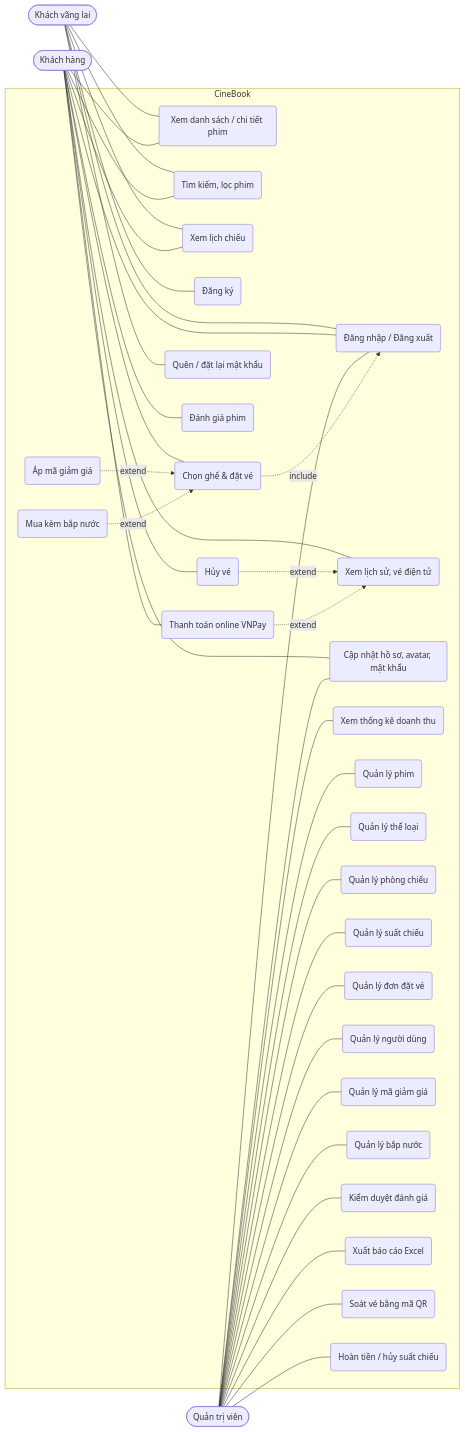
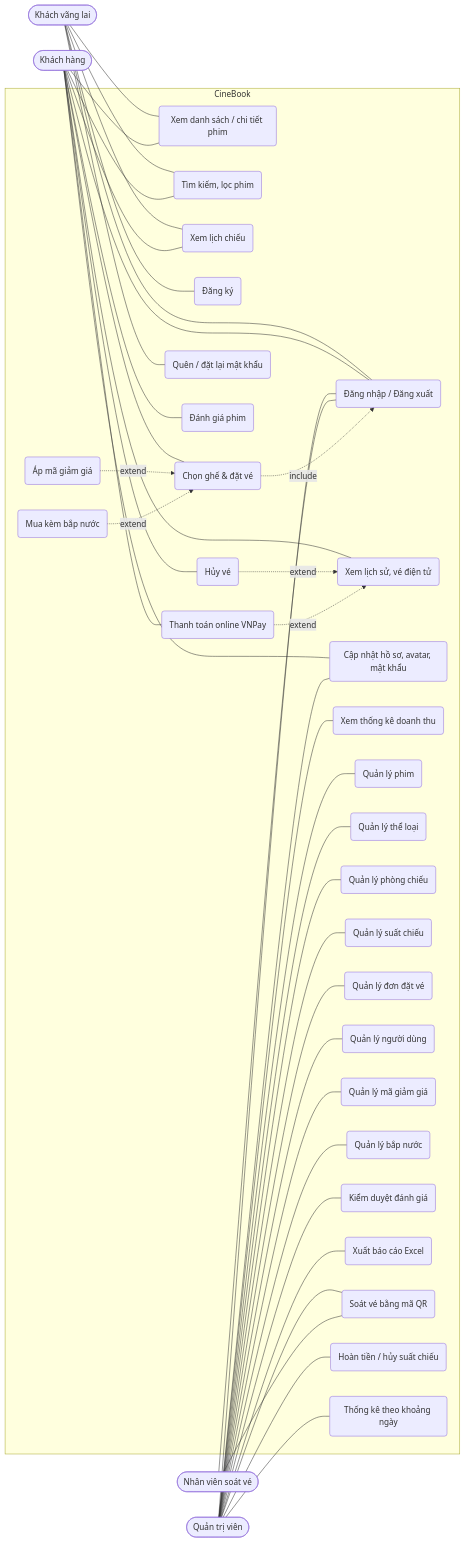
The second of 2 diagrams in docs/THIET_KE.md (Leanhoangy/CineBook), drawn with Mermaid before and after one commit. The commit also changed other lines of this file and 10 other files, not shown here.

Commit message:
Trang Thống kê theo khoảng ngày chiếu: doanh thu vé/bắp nước, tỉ lệ lấp đầy ghế, doanh thu theo ngày, hiệu quả từng khung giờ kèm phim bán chạy, top phim, bắp nước bán chạy

````diff
--- a/docs/THIET_KE.md
+++ b/docs/THIET_KE.md
@@ -174,45 +175,48 @@
 ```mermaid
 flowchart LR
     Guest([Khách vãng lai])
     User([Khách hàng])
     Admin([Quản trị viên])
+    Staff([Nhân viên soát vé])
 
     subgraph CineBook
         UC1(Xem danh sách / chi tiết phim)
         UC2(Tìm kiếm, lọc phim)
         UC3(Xem lịch chiếu)
         UC4(Đăng ký)
         UC5(Đăng nhập / Đăng xuất)
         UC6(Chọn ghế & đặt vé)
         UC7(Xem lịch sử, vé điện tử)
         UC8(Hủy vé)
         UC9(Cập nhật hồ sơ, avatar, mật khẩu)
         UC10(Xem thống kê doanh thu)
         UC11(Quản lý phim)
         UC12(Quản lý thể loại)
         UC13(Quản lý phòng chiếu)
         UC14(Quản lý suất chiếu)
         UC15(Quản lý đơn đặt vé)
         UC16(Quản lý người dùng)
         UC17(Quên / đặt lại mật khẩu)
         UC18(Đánh giá phim)
         UC19(Áp mã giảm giá)
         UC20(Quản lý mã giảm giá)
         UC25(Mua kèm bắp nước)
         UC26(Quản lý bắp nước)
         UC21(Kiểm duyệt đánh giá)
         UC22(Xuất báo cáo Excel)
         UC23(Thanh toán online VNPay)
         UC24(Soát vé bằng mã QR)
         UC27(Hoàn tiền / hủy suất chiếu)
+        UC28(Thống kê theo khoảng ngày)
     end
 
     Guest --- UC1 & UC2 & UC3 & UC4 & UC5 & UC17
     User --- UC1 & UC2 & UC3 & UC5 & UC6 & UC7 & UC8 & UC9 & UC18 & UC23
-    Admin --- UC5 & UC9 & UC10 & UC11 & UC12 & UC13 & UC14 & UC15 & UC16 & UC20 & UC21 & UC22 & UC24 & UC26 & UC27
+    Admin --- UC5 & UC9 & UC10 & UC11 & UC12 & UC13 & UC14 & UC15 & UC16 & UC20 & UC21 & UC22 & UC24 & UC26 & UC27 & UC28
+    Staff --- UC5 & UC24
     UC6 -. include .-> UC5
     UC19 -. extend .-> UC6
     UC25 -. extend .-> UC6
     UC8 -. extend .-> UC7
     UC23 -. extend .-> UC7
 ```
````
